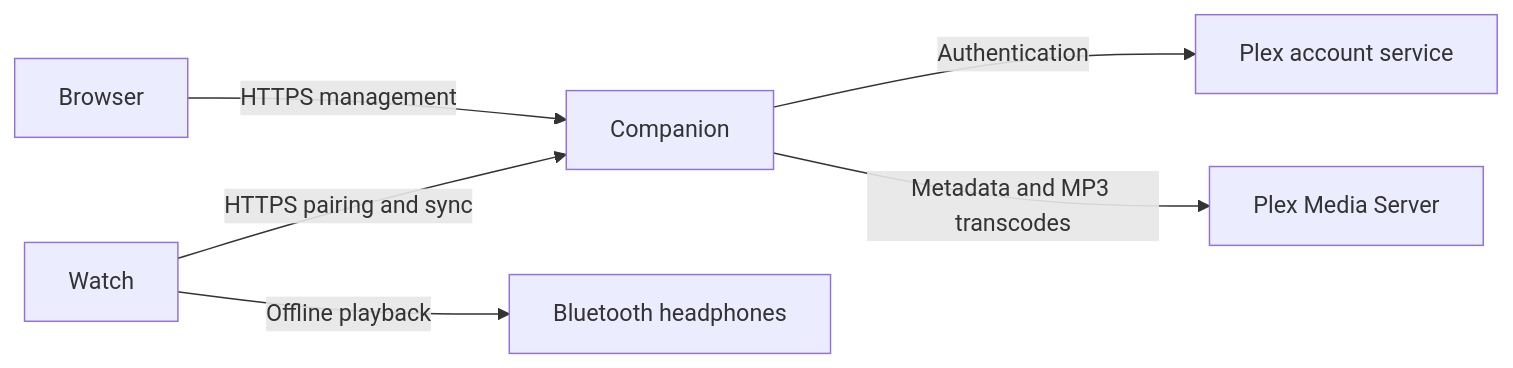
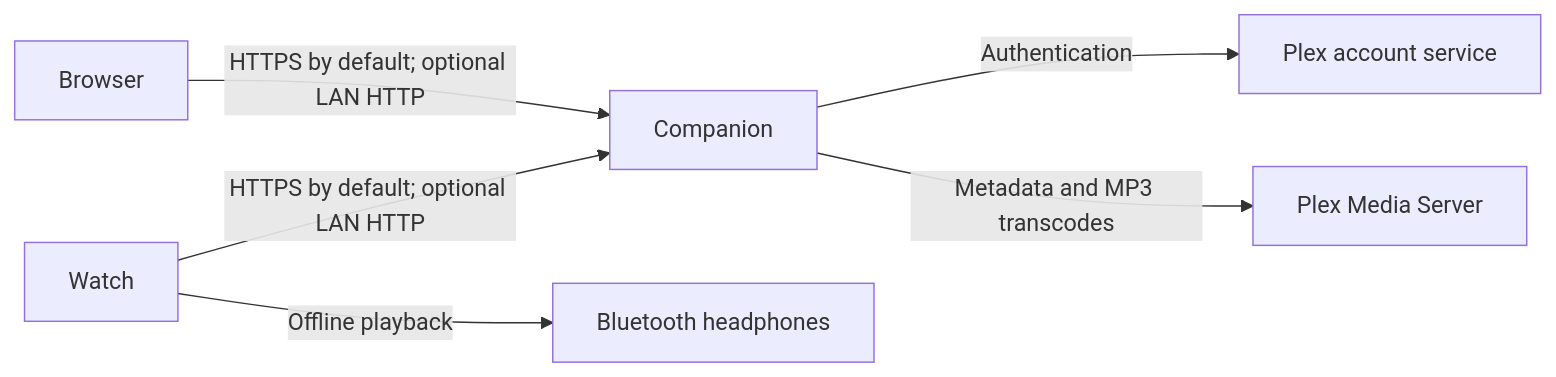
One commit to ryancummings/syncandrun changed the diagram in docs/ARCHITECTURE.md. Above: the diagram before and after it, drawn with Mermaid. The commit also changed other lines of this file and 33 other files, not shown here.

Commit message:
feat: add opt-in home LAN HTTP origin and numeric watch entry

````diff
--- a/docs/ARCHITECTURE.md
+++ b/docs/ARCHITECTURE.md
@@ -5,8 +5,8 @@
 ```mermaid
 flowchart LR
-    Browser -->|HTTPS management| Companion
+    Browser -->|HTTPS by default; optional LAN HTTP| Companion
     Companion -->|Authentication| Plex[Plex account service]
     Companion -->|Metadata and MP3 transcodes| PMS[Plex Media Server]
-    Watch -->|HTTPS pairing and sync| Companion
+    Watch -->|HTTPS by default; optional LAN HTTP| Companion
     Watch -->|Offline playback| Headphones[Bluetooth headphones]
 ```
````
